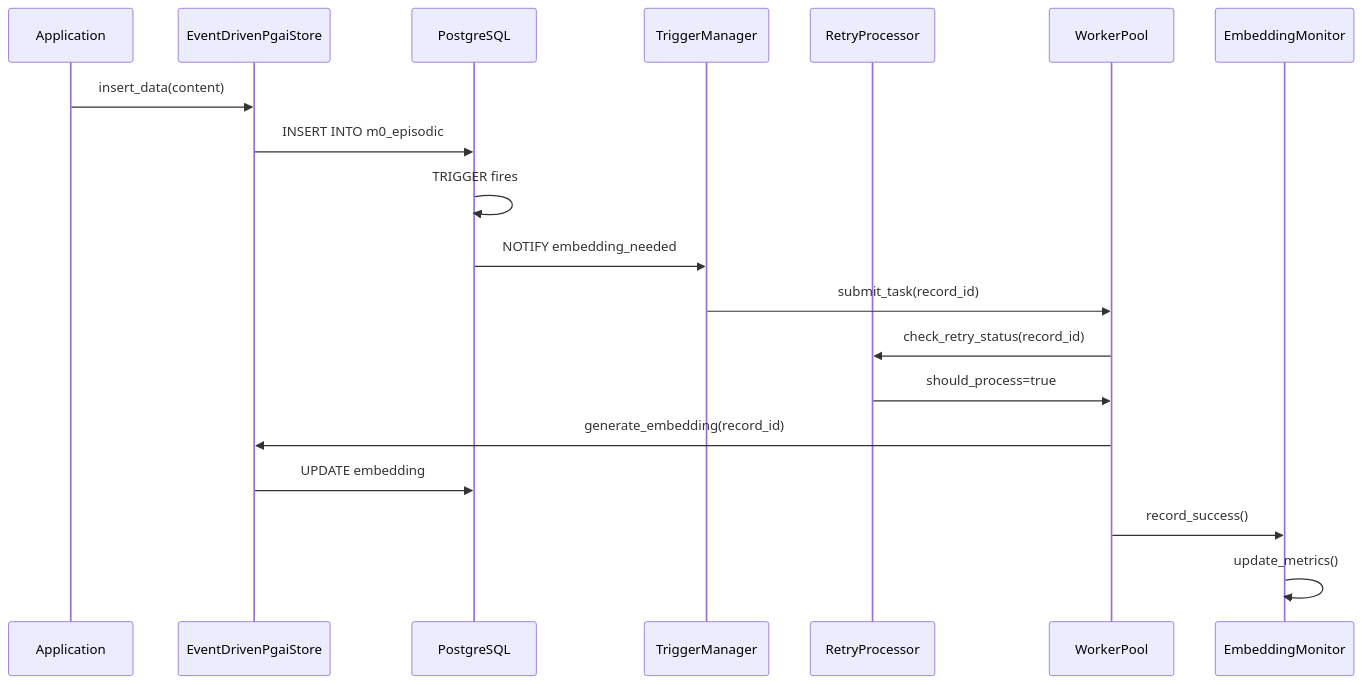
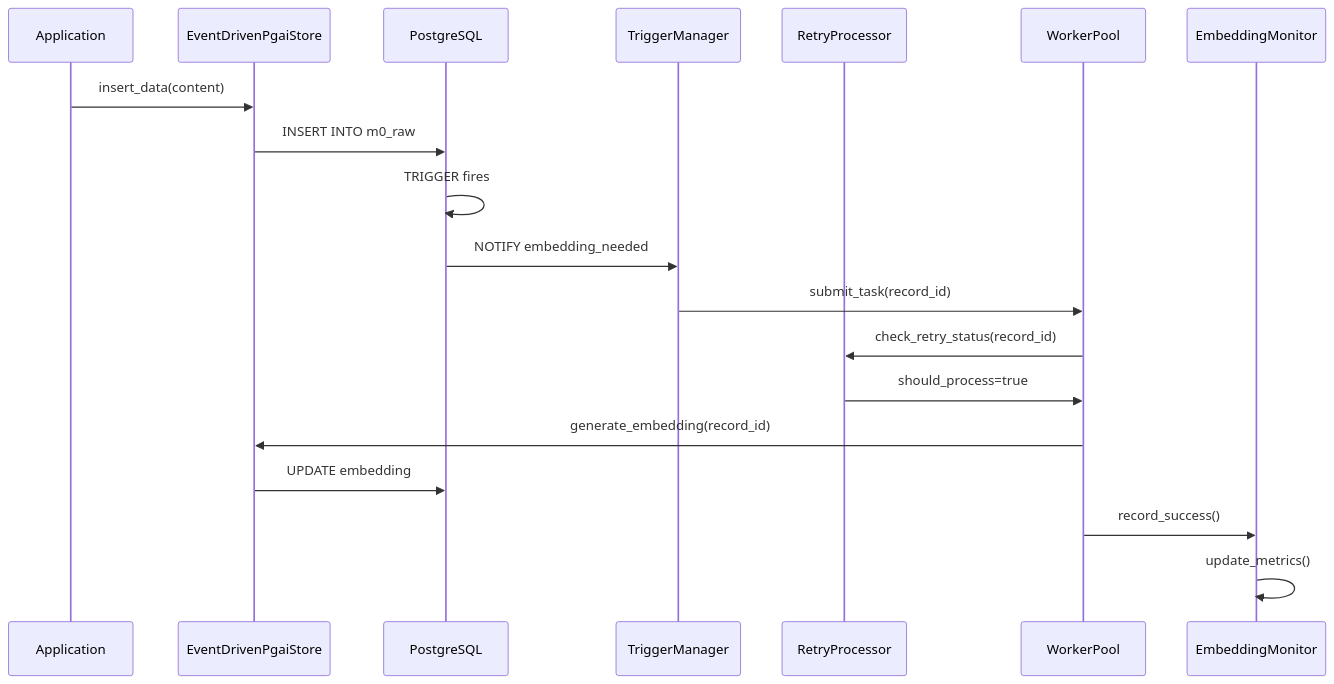
The fourth of 9 diagrams in docs/architecture/pgai/overview.md (memfuse/memfuse), drawn with Mermaid before and after one commit. The commit also changed other lines of this file and 42 other files, not shown here.

First line of the commit message:
feat(memory): implement M1 Episodic Memory and expand M0 Raw Data Layer

````diff
--- a/docs/architecture/pgai/overview.md
+++ b/docs/architecture/pgai/overview.md
@@ -371,22 +371,22 @@
 ```mermaid
 sequenceDiagram
     participant App as Application
     participant Store as EventDrivenPgaiStore
     participant DB as PostgreSQL
     participant TM as TriggerManager
     participant RP as RetryProcessor
     participant WP as WorkerPool
     participant EM as EmbeddingMonitor
 
     App->>Store: insert_data(content)
-    Store->>DB: INSERT INTO m0_episodic
+    Store->>DB: INSERT INTO m0_raw
     DB->>DB: TRIGGER fires
     DB->>TM: NOTIFY embedding_needed
     TM->>WP: submit_task(record_id)
     WP->>RP: check_retry_status(record_id)
     RP->>WP: should_process=true
     WP->>Store: generate_embedding(record_id)
     Store->>DB: UPDATE embedding
     WP->>EM: record_success()
     EM->>EM: update_metrics()
 ```
````
